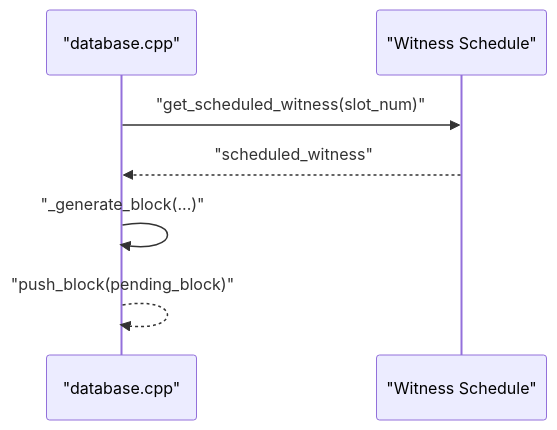
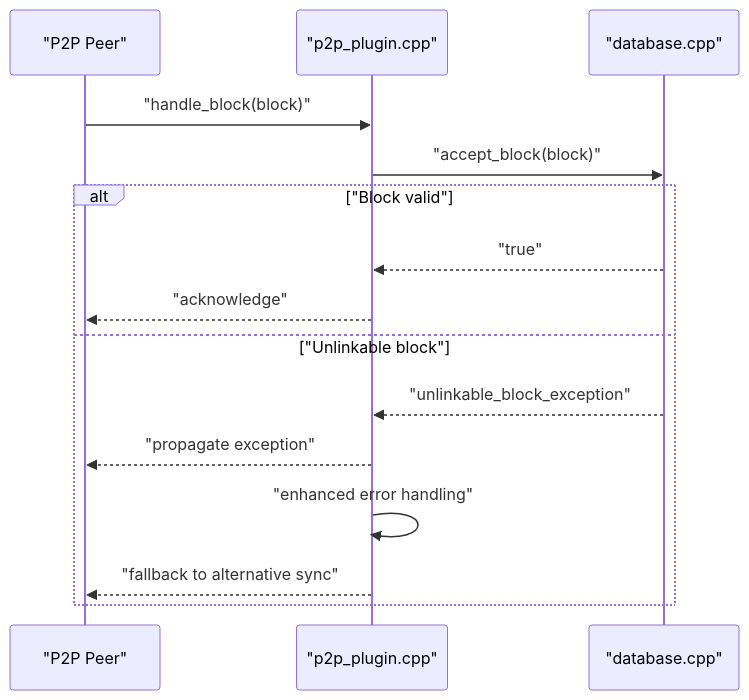
Before and after one commit to VIZ-Blockchain/viz-cpp-node: the ninth of 10 diagrams in .qoder/repowiki/en/content/Architecture Overview/Core Libraries/Chain Library/Fork Resolution and Consensus.md, drawn with Mermaid. The commit also changed other lines of this file and 5 other files, not shown here.

````diff
--- a/.qoder/repowiki/en/content/Architecture Overview/Core Libraries/Chain Library/Fork Resolution and Consensus.md
+++ b/.qoder/repowiki/en/content/Architecture Overview/Core Libraries/Chain Library/Fork Resolution and Consensus.md
@@ -301,9 +366,17 @@
 ```mermaid
 sequenceDiagram
+participant Peer as "P2P Peer"
+participant P2P as "p2p_plugin.cpp"
 participant DB as "database.cpp"
-participant WS as "Witness Schedule"
-DB->>WS : "get_scheduled_witness(slot_num)"
-WS-->>DB : "scheduled_witness"
-DB->>DB : "_generate_block(...)"
-DB-->>DB : "push_block(pending_block)"
+Peer->>P2P : "handle_block(block)"
+P2P->>DB : "accept_block(block)"
+alt "Block valid"
+DB-->>P2P : "true"
+P2P-->>Peer : "acknowledge"
+else "Unlinkable block"
+DB-->>P2P : "unlinkable_block_exception"
+P2P-->>Peer : "propagate exception"
+P2P->>P2P : "enhanced error handling"
+P2P-->>Peer : "fallback to alternative sync"
+end
 ```
````
